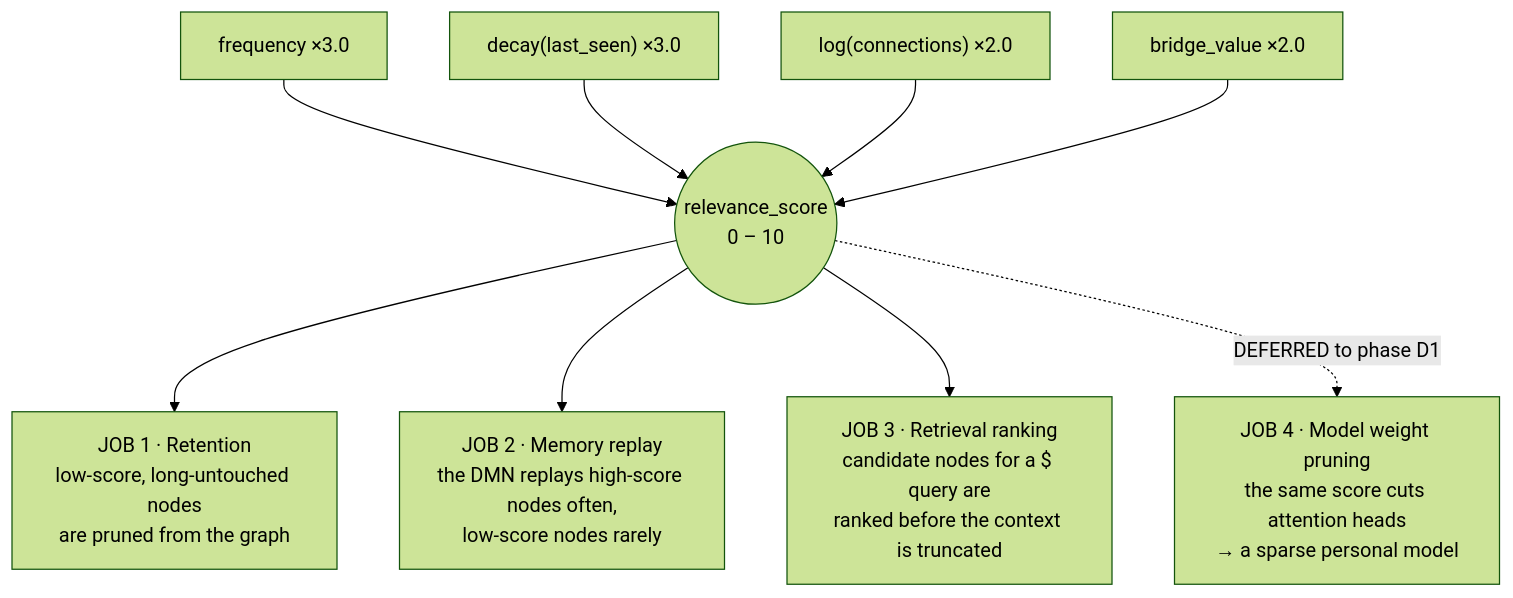
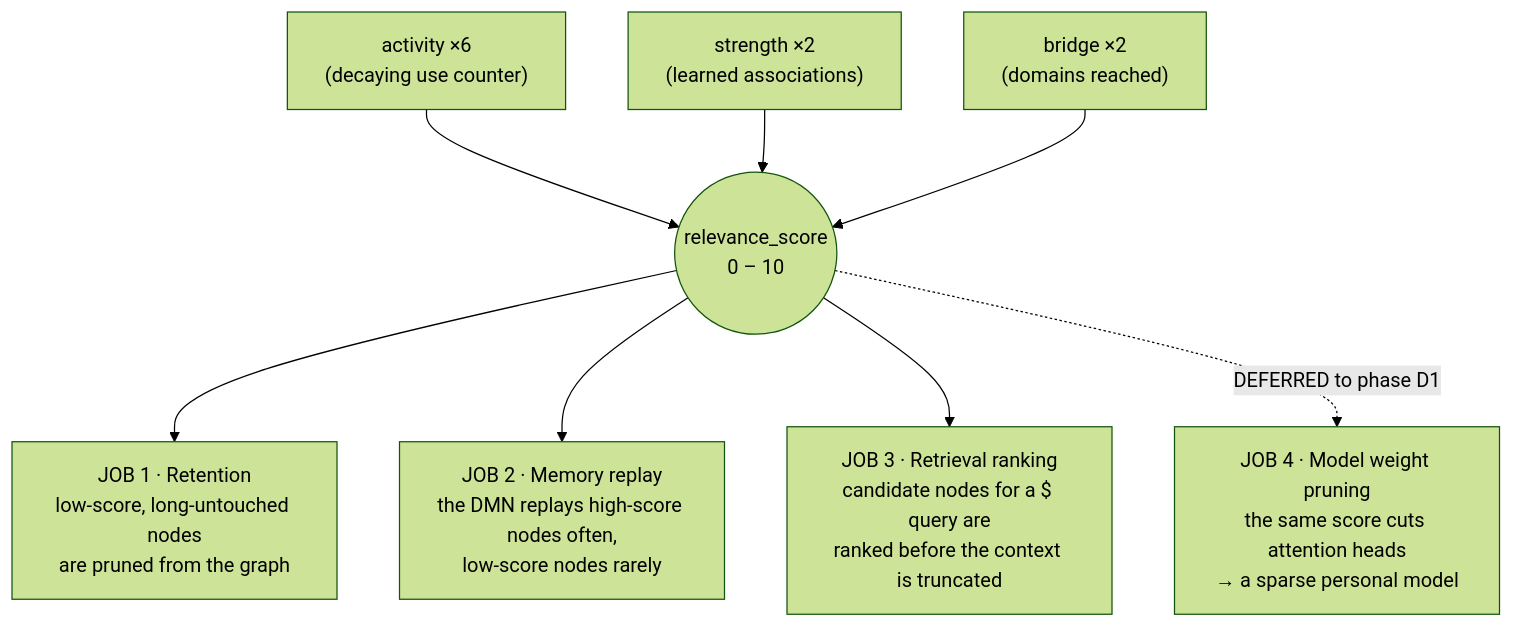
The second of 15 diagrams in RESEARCH_DOSSIER.md (bhanot-99/NeuroPACA), drawn with Mermaid (forest theme) before and after one commit. The commit also changed other lines of this file, not shown here.

First line of the commit message:
docs: RESEARCH_DOSSIER v9 — V-2 and V-3 chapters, formula, schema v6, provenance lessons

````diff
--- a/RESEARCH_DOSSIER.md
+++ b/RESEARCH_DOSSIER.md
@@ -155,12 +156,11 @@
 ```mermaid
 flowchart TD
-    F["frequency ×3.0"] --> S
-    D["decay(last_seen) ×3.0"] --> S
-    C["log(connections) ×2.0"] --> S
-    B["bridge_value ×2.0"] --> S
+    F["activity ×6<br/>(decaying use counter)"] --> S
+    C["strength ×2<br/>(learned associations)"] --> S
+    B["bridge ×2<br/>(domains reached)"] --> S
     S(("relevance_score<br/>0 – 10"))
     S --> J1["JOB 1 · Retention<br/>low-score, long-untouched nodes<br/>are pruned from the graph"]
     S --> J2["JOB 2 · Memory replay<br/>the DMN replays high-score nodes often,<br/>low-score nodes rarely"]
     S --> J3["JOB 3 · Retrieval ranking<br/>candidate nodes for a $ query are<br/>ranked before the context is truncated"]
     S -.->|DEFERRED to phase D1| J4["JOB 4 · Model weight pruning<br/>the same score cuts attention heads<br/>→ a sparse personal model"]
 ```
````
